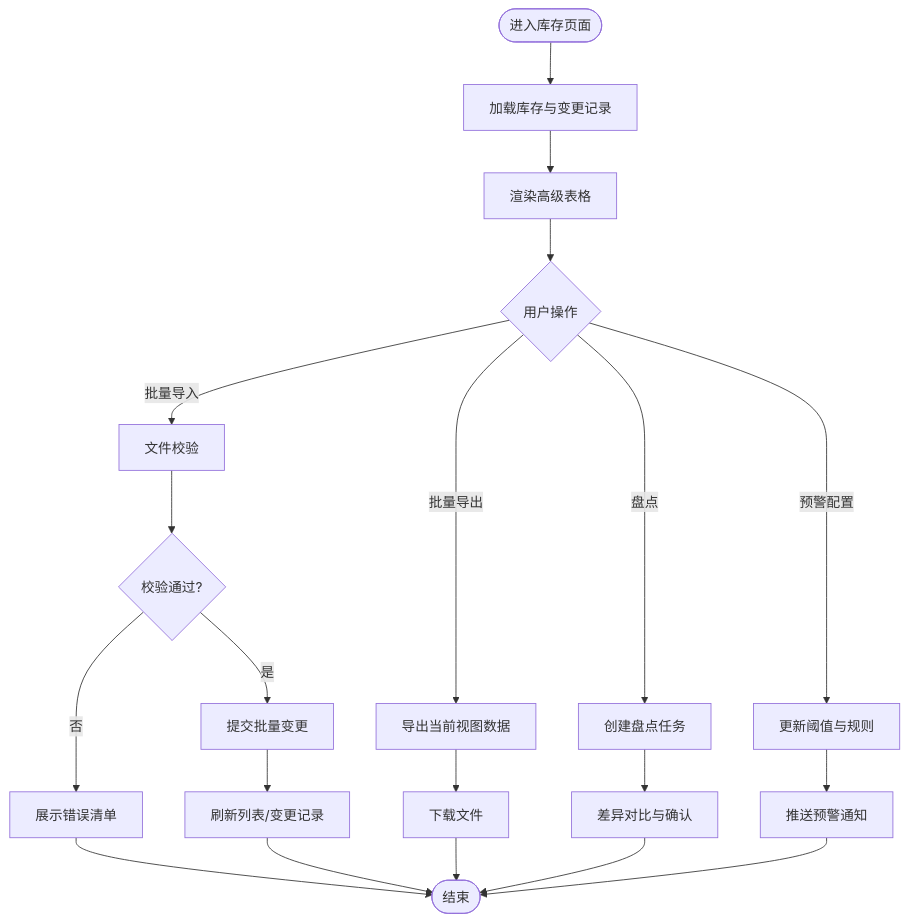
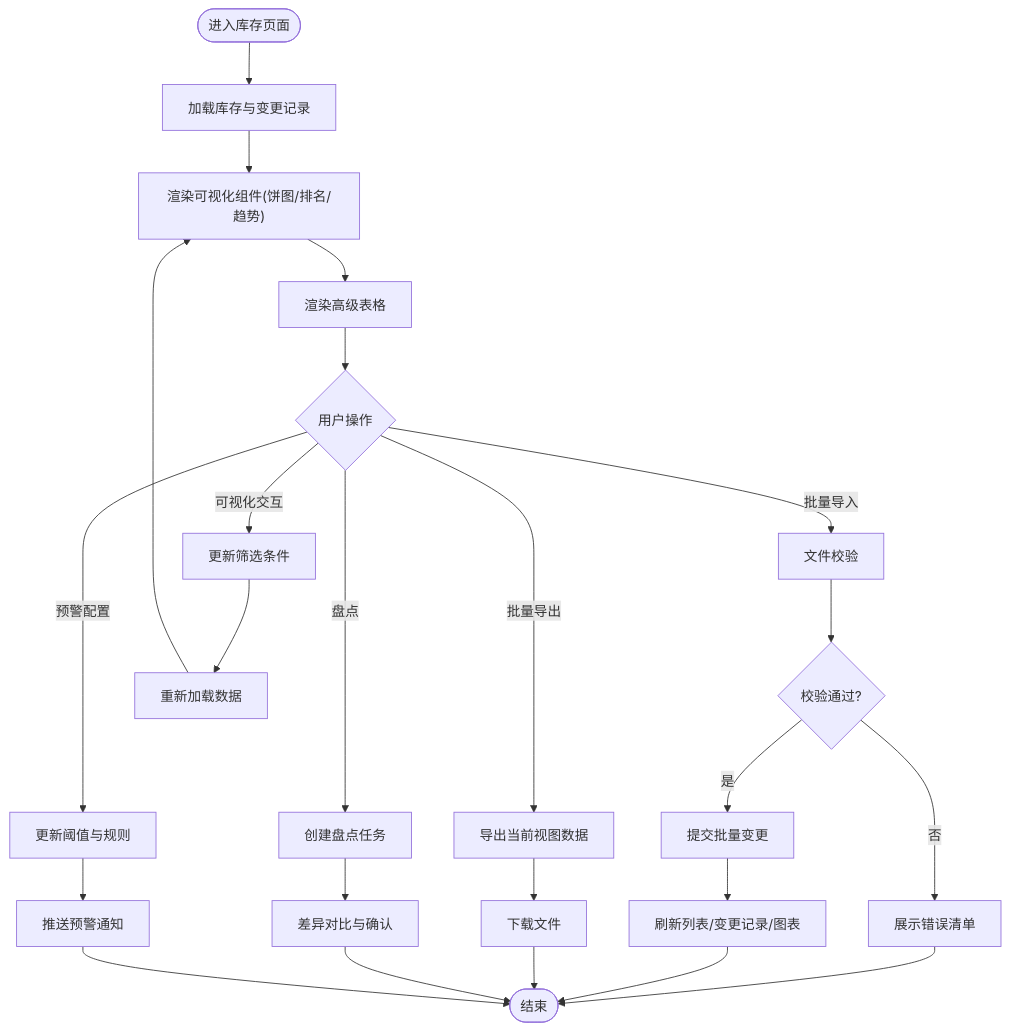
One commit to Damao997/newproject changed the third of 8 diagrams in .qoder/repowiki/zh/content/页面组件/库存管理页面.md. Above: the diagram before and after it, drawn with Mermaid. The commit also changed other lines of this file and 55 other files, not shown here.

````diff
--- a/.qoder/repowiki/zh/content/页面组件/库存管理页面.md
+++ b/.qoder/repowiki/zh/content/页面组件/库存管理页面.md
@@ -142,22 +194,26 @@
 ```mermaid
 flowchart TD
 Start(["进入库存页面"]) --> LoadData["加载库存与变更记录"]
-LoadData --> RenderTable["渲染高级表格"]
+LoadData --> RenderCharts["渲染可视化组件(饼图/排名/趋势)"]
+RenderCharts --> RenderTable["渲染高级表格"]
 RenderTable --> UserAction{"用户操作"}
+UserAction --> |可视化交互| UpdateFilters["更新筛选条件"]
 UserAction --> |批量导入| ValidateFile["文件校验"]
 ValidateFile --> ImportOK{"校验通过?"}
 ImportOK --> |否| ShowErrors["展示错误清单"]
 ImportOK --> |是| SubmitBatch["提交批量变更"]
 UserAction --> |批量导出| ExportData["导出当前视图数据"]
 UserAction --> |盘点| CreateTask["创建盘点任务"]
 UserAction --> |预警配置| UpdateRules["更新阈值与规则"]
-SubmitBatch --> Refresh["刷新列表/变更记录"]
+SubmitBatch --> Refresh["刷新列表/变更记录/图表"]
 ExportData --> Download["下载文件"]
 CreateTask --> CompareDiff["差异对比与确认"]
 UpdateRules --> Notify["推送预警通知"]
+UpdateFilters --> ReloadData["重新加载数据"]
 ShowErrors --> End(["结束"])
 Refresh --> End
 Download --> End
 CompareDiff --> End
 Notify --> End
+ReloadData --> RenderCharts
 ```
````
